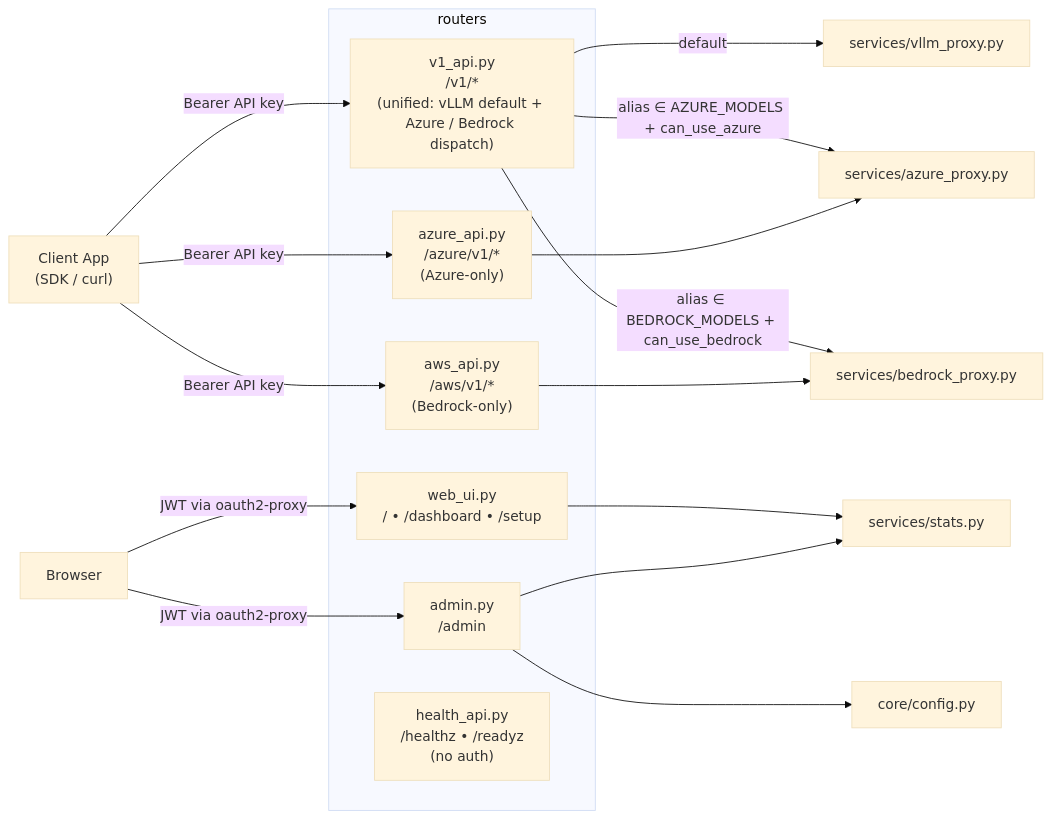
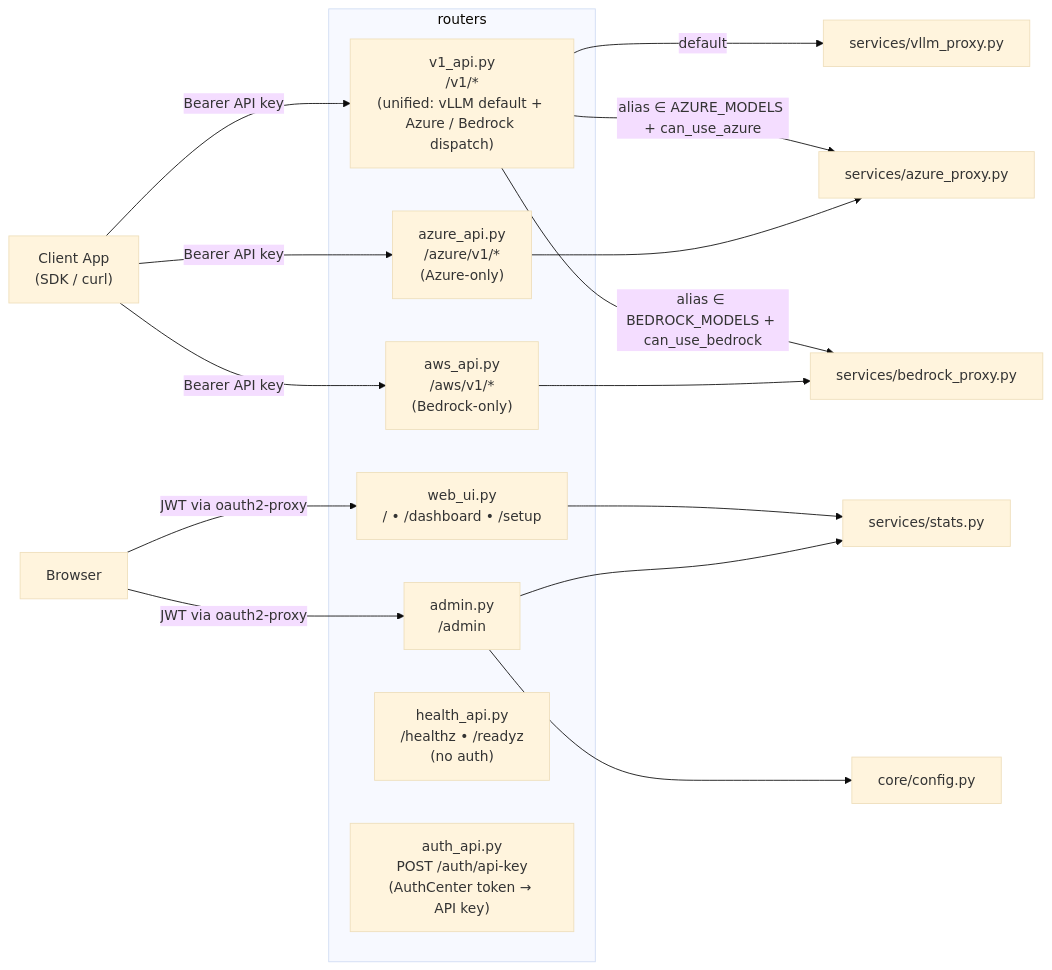
One commit to bwinken/llm-gateway changed the first of 2 diagrams in app/routers/README.md. Above: the diagram before and after it, drawn with Mermaid (base theme). The commit also changed other lines of this file and 14 other files, not shown here.

````diff
--- a/app/routers/README.md
+++ b/app/routers/README.md
@@ -9,26 +9,27 @@
 ```mermaid
 graph LR
     Client["Client App<br/>(SDK / curl)"] -->|Bearer API key| v1_api
     Client -->|Bearer API key| azure_api
     Client -->|Bearer API key| aws_api
     Browser["Browser"] -->|JWT via oauth2-proxy| web_ui
     Browser -->|JWT via oauth2-proxy| admin
 
     subgraph routers
         v1_api["v1_api.py<br/>/v1/*<br/>(unified: vLLM default + Azure / Bedrock dispatch)"]
         azure_api["azure_api.py<br/>/azure/v1/*<br/>(Azure-only)"]
         aws_api["aws_api.py<br/>/aws/v1/*<br/>(Bedrock-only)"]
         web_ui["web_ui.py<br/>/ • /dashboard • /setup"]
         health_api["health_api.py<br/>/healthz • /readyz<br/>(no auth)"]
+        auth_api["auth_api.py<br/>POST /auth/api-key<br/>(AuthCenter token → API key)"]
         admin["admin.py<br/>/admin"]
     end
 
     v1_api -->|default| vllm_proxy["services/vllm_proxy.py"]
     v1_api -->|alias ∈ AZURE_MODELS + can_use_azure| azure_proxy["services/azure_proxy.py"]
     v1_api -->|alias ∈ BEDROCK_MODELS + can_use_bedrock| bedrock_proxy["services/bedrock_proxy.py"]
     azure_api --> azure_proxy
     aws_api --> bedrock_proxy
     web_ui --> stats["services/stats.py"]
     admin --> stats
     admin --> config["core/config.py"]
 ```
````
